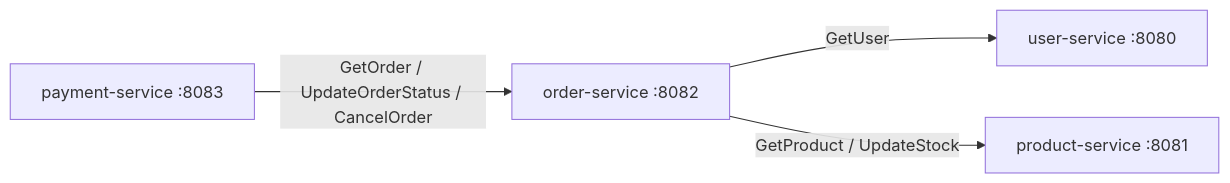
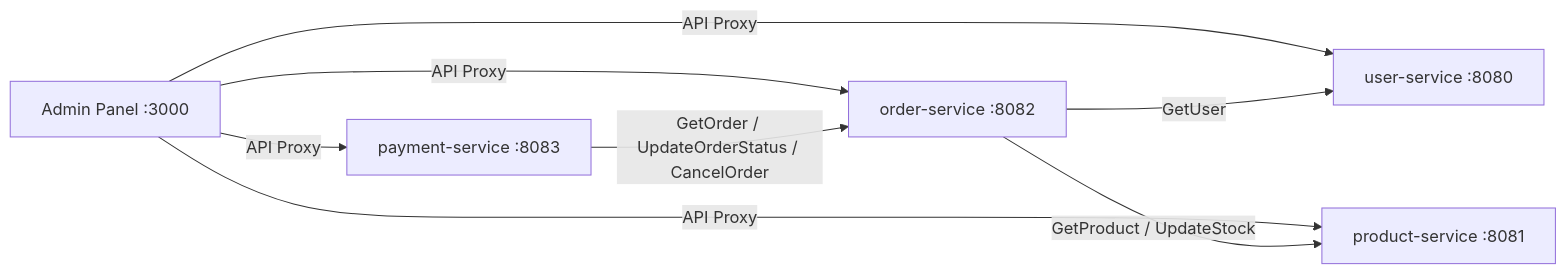
Before and after one commit to kkito0726/golang-connect-microservice: the first of 4 diagrams in README.md, drawn with Mermaid. The commit also changed other lines of this file and 16 other files, not shown here.

````diff
--- a/README.md
+++ b/README.md
@@ -35,6 +41,10 @@
 ```mermaid
 graph LR
-    A[order-service :8082] -->|GetUser| B[user-service :8080]
-    A -->|GetProduct / UpdateStock| C[product-service :8081]
-    D[payment-service :8083] -->|GetOrder / UpdateOrderStatus / CancelOrder| A
+    UI[Admin Panel :3000] -->|API Proxy| B[user-service :8080]
+    UI -->|API Proxy| C[product-service :8081]
+    UI -->|API Proxy| A[order-service :8082]
+    UI -->|API Proxy| D[payment-service :8083]
+    A -->|GetUser| B
+    A -->|GetProduct / UpdateStock| C
+    D -->|GetOrder / UpdateOrderStatus / CancelOrder| A
 ```
````
